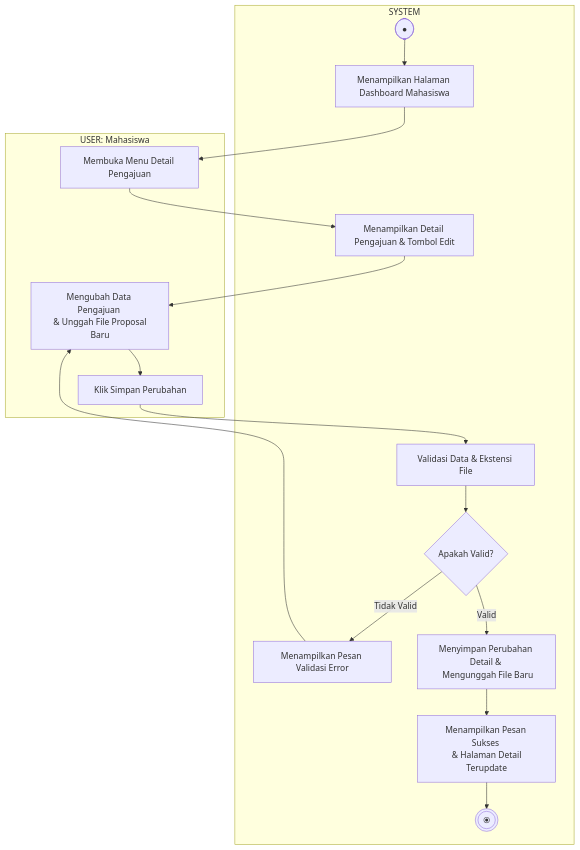
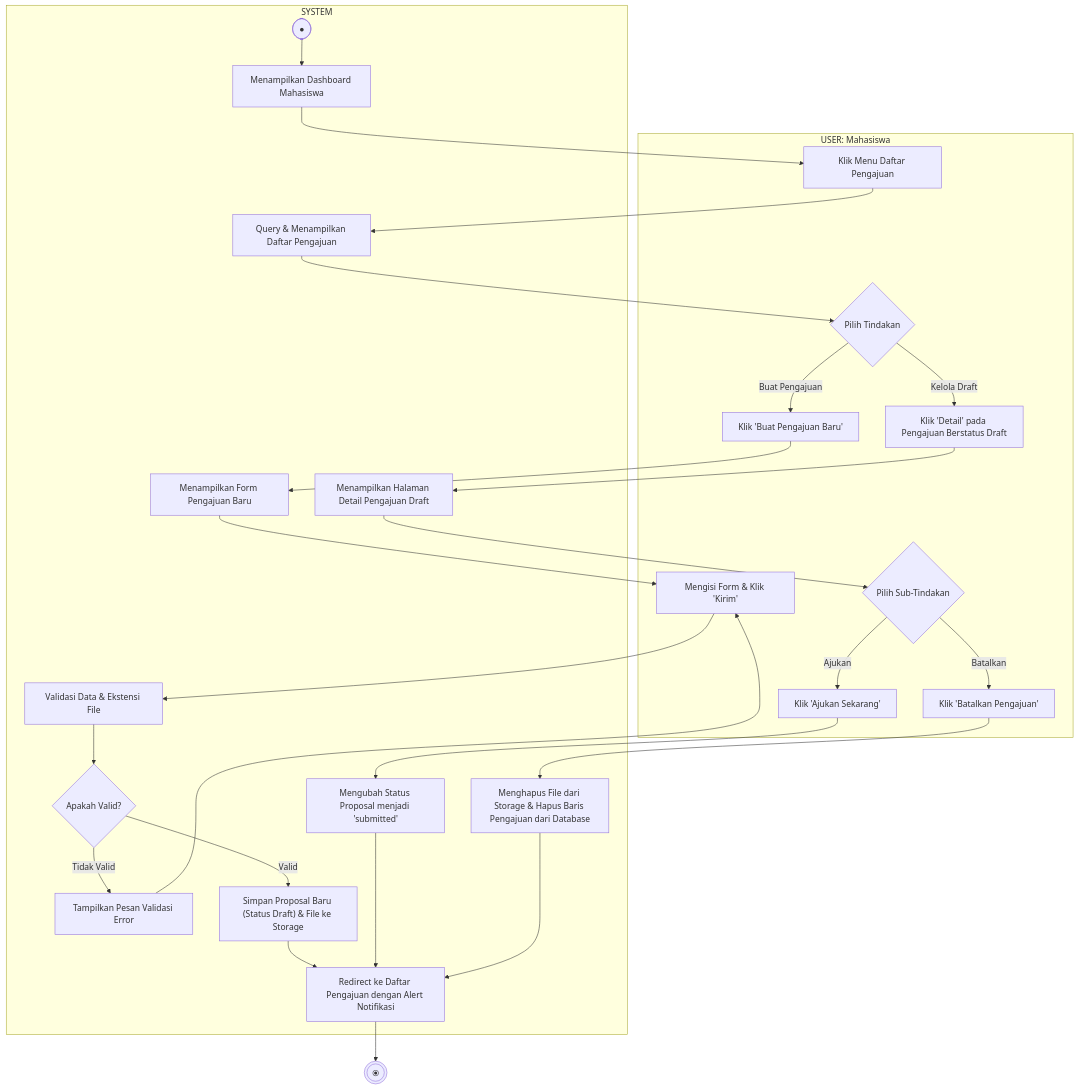
One commit to Duandi04/ta_submission changed the diagram in docs/uml/Activity Diagram/Mahasiswa/activity_diagram_kelola_detail_pengajuan.md. Above: the diagram before and after it, drawn with Mermaid. The commit also changed other lines of this file and 28 other files, not shown here.

Commit message:
refactor: implement program study settings and update UML documentation for Kaprodi configuration

````diff
--- a/docs/uml/Activity Diagram/Mahasiswa/activity_diagram_kelola_detail_pengajuan.md
+++ b/docs/uml/Activity Diagram/Mahasiswa/activity_diagram_kelola_detail_pengajuan.md
@@ -5,23 +5,69 @@
 ```mermaid
 flowchart TD
     subgraph USER [USER: Mahasiswa]
-        G2[Membuka Menu Detail Pengajuan]
-        G4[Mengubah Data Pengajuan <br/> & Unggah File Proposal Baru]
-        G5[Klik Simpan Perubahan]
+        G2["Klik Menu Daftar Pengajuan"]
+        
+        %% Choice: Create new proposal or manage existing draft
+        G5{"Pilih Tindakan"}
+        
+        %% Path A: Create
+        G5_Create["Klik 'Buat Pengajuan Baru'"]
+        G6_Create["Mengisi Form & Klik 'Kirim'"]
+        
+        %% Path B: Manage Draft
+        G5_Draft["Klik 'Detail' pada Pengajuan Berstatus Draft"]
+        G6_Draft{"Pilih Sub-Tindakan"}
+        G7_Draft_Submit["Klik 'Ajukan Sekarang'"]
+        G7_Draft_Cancel["Klik 'Batalkan Pengajuan'"]
     end
 
     subgraph SYSTEM [SYSTEM]
-        Start([●]) --> G1[Menampilkan Halaman Dashboard Mahasiswa]
-        G1 --> G2
-        G2 --> G3[Menampilkan Detail Pengajuan & Tombol Edit]
-        G3 --> G4
-        G4 --> G5
-        G5 --> G6[Validasi Data & Ekstensi File]
-        G6 --> Decision{Apakah Valid?}
-        Decision -- Tidak Valid --> G7[Menampilkan Pesan Validasi Error]
-        G7 --> G4
-        Decision -- Valid --> G8[Menyimpan Perubahan Detail & <br/> Mengunggah File Baru]
-        G8 --> G9[Menampilkan Pesan Sukses <br/> & Halaman Detail Terupdate]
-        G9 --> End(((⦿)))
+        Start([●]) --> G1["Menampilkan Dashboard Mahasiswa"]
+        G3["Query & Menampilkan Daftar Pengajuan"]
+        
+        %% System Path A
+        G4_Create["Menampilkan Form Pengajuan Baru"]
+        G8_Create["Validasi Data & Ekstensi File"]
+        G8_Create_Check{Apakah Valid?}
+        G8_Create_Error["Tampilkan Pesan Validasi Error"]
+        G9_Create["Simpan Proposal Baru (Status Draft) & File ke Storage"]
+        
+        %% System Path B
+        G4_Draft["Menampilkan Halaman Detail Pengajuan Draft"]
+        
+        %% Sub System Draft Actions
+        G8_Draft_Submit["Mengubah Status Proposal menjadi 'submitted'"]
+        G8_Draft_Cancel["Menghapus File dari Storage & Hapus Baris Pengajuan dari Database"]
+        
+        G_Final["Redirect ke Daftar Pengajuan dengan Alert Notifikasi"]
     end
+
+    G1 --> G2
+    G2 --> G3
+    G3 --> G5
+    
+    %% Path A connection
+    G5 -->|Buat Pengajuan| G5_Create
+    G5_Create --> G4_Create
+    G4_Create --> G6_Create
+    G6_Create --> G8_Create
+    G8_Create --> G8_Create_Check
+    G8_Create_Check -->|Tidak Valid| G8_Create_Error
+    G8_Create_Error --> G6_Create
+    G8_Create_Check -->|Valid| G9_Create
+    G9_Create --> G_Final
+    
+    %% Path B connection
+    G5 -->|Kelola Draft| G5_Draft
+    G5_Draft --> G4_Draft
+    G4_Draft --> G6_Draft
+    G6_Draft -->|Ajukan| G7_Draft_Submit
+    G6_Draft -->|Batalkan| G7_Draft_Cancel
+    
+    G7_Draft_Submit --> G8_Draft_Submit
+    G7_Draft_Cancel --> G8_Draft_Cancel
+    
+    G8_Draft_Submit --> G_Final
+    G8_Draft_Cancel --> G_Final
+    G_Final --> End(((⦿)))
 ```
````
